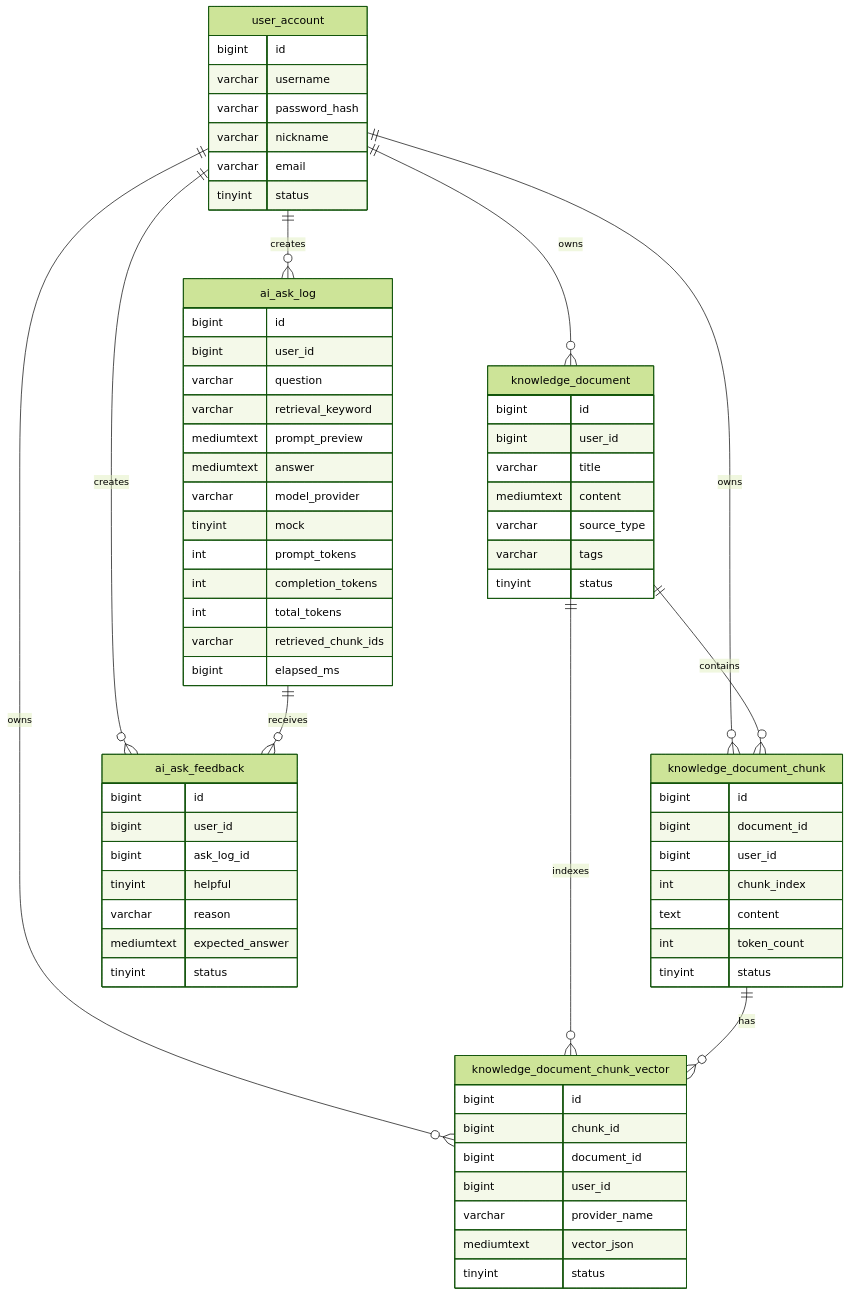
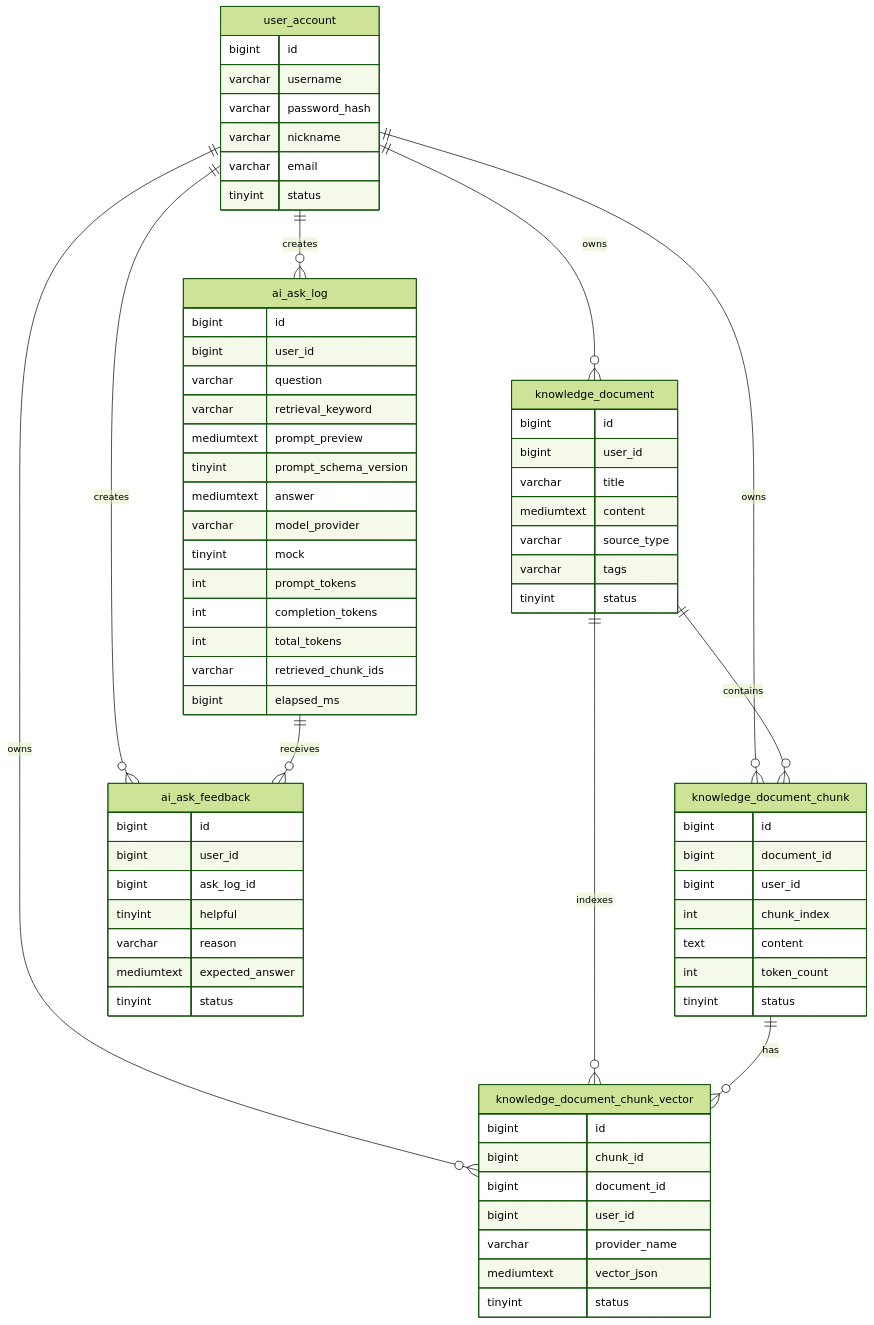
One commit to wwjorker/devmind changed the second of 3 diagrams in backend/docs/architecture.md. Above: the diagram before and after it, drawn with Mermaid (forest theme). The commit also changed other lines of this file and 12 other files, not shown here.

````diff
--- a/backend/docs/architecture.md
+++ b/backend/docs/architecture.md
@@ -26,77 +26,78 @@
 ```mermaid
 erDiagram
     user_account ||--o{ knowledge_document : owns
     user_account ||--o{ knowledge_document_chunk : owns
     user_account ||--o{ knowledge_document_chunk_vector : owns
     knowledge_document ||--o{ knowledge_document_chunk : contains
     knowledge_document ||--o{ knowledge_document_chunk_vector : indexes
     knowledge_document_chunk ||--o{ knowledge_document_chunk_vector : has
     user_account ||--o{ ai_ask_log : creates
     user_account ||--o{ ai_ask_feedback : creates
     ai_ask_log ||--o{ ai_ask_feedback : receives
 
     user_account {
         bigint id
         varchar username
         varchar password_hash
         varchar nickname
         varchar email
         tinyint status
     }
 
     knowledge_document {
         bigint id
         bigint user_id
         varchar title
         mediumtext content
         varchar source_type
         varchar tags
         tinyint status
     }
 
     knowledge_document_chunk {
         bigint id
         bigint document_id
         bigint user_id
         int chunk_index
         text content
         int token_count
         tinyint status
     }
 
     knowledge_document_chunk_vector {
         bigint id
         bigint chunk_id
         bigint document_id
         bigint user_id
         varchar provider_name
         mediumtext vector_json
         tinyint status
     }
 
     ai_ask_log {
         bigint id
         bigint user_id
         varchar question
         varchar retrieval_keyword
         mediumtext prompt_preview
+        tinyint prompt_schema_version
         mediumtext answer
         varchar model_provider
         tinyint mock
         int prompt_tokens
         int completion_tokens
         int total_tokens
         varchar retrieved_chunk_ids
         bigint elapsed_ms
     }
 
     ai_ask_feedback {
         bigint id
         bigint user_id
         bigint ask_log_id
         tinyint helpful
         varchar reason
         mediumtext expected_answer
         tinyint status
     }
 ```
````
